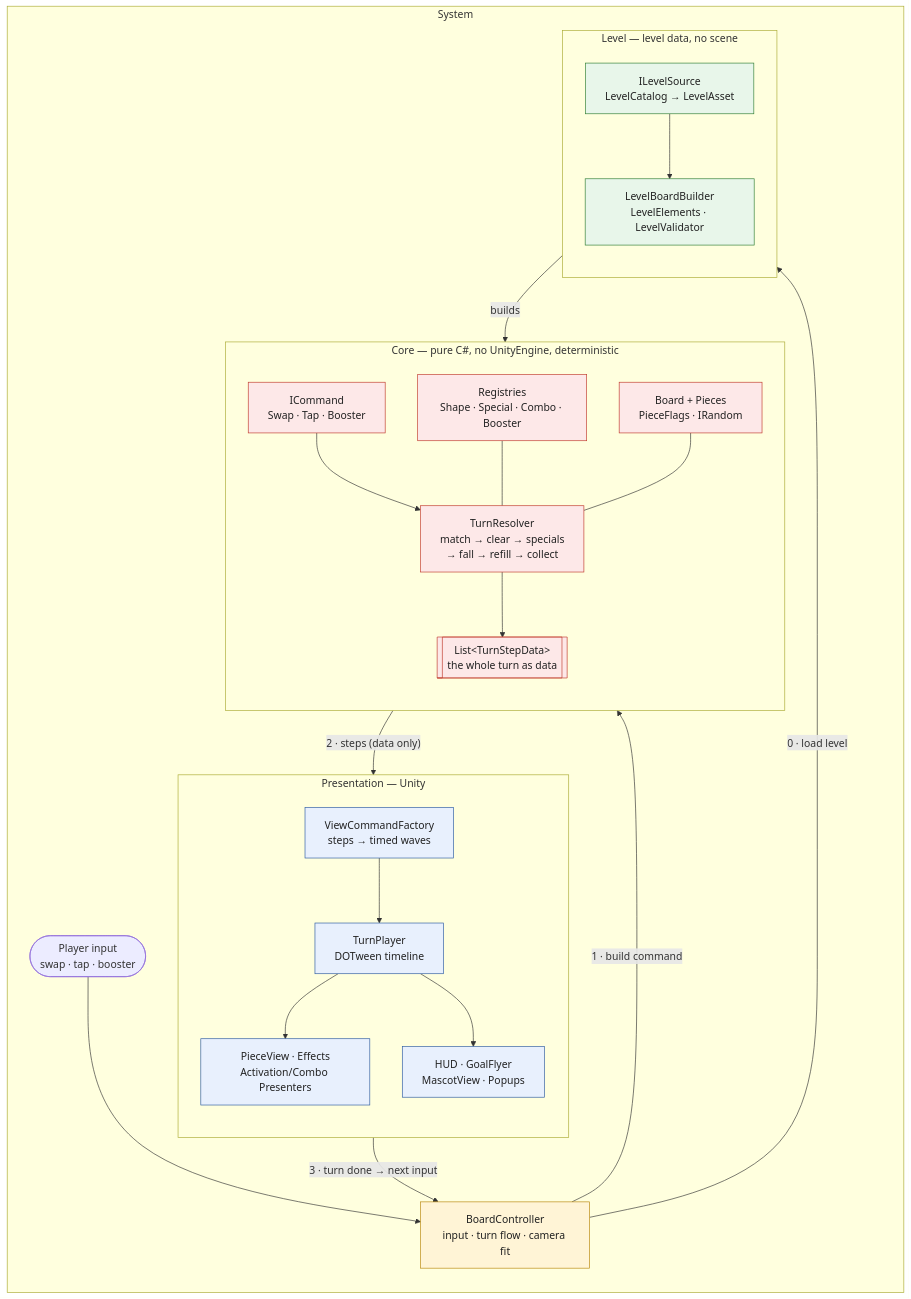
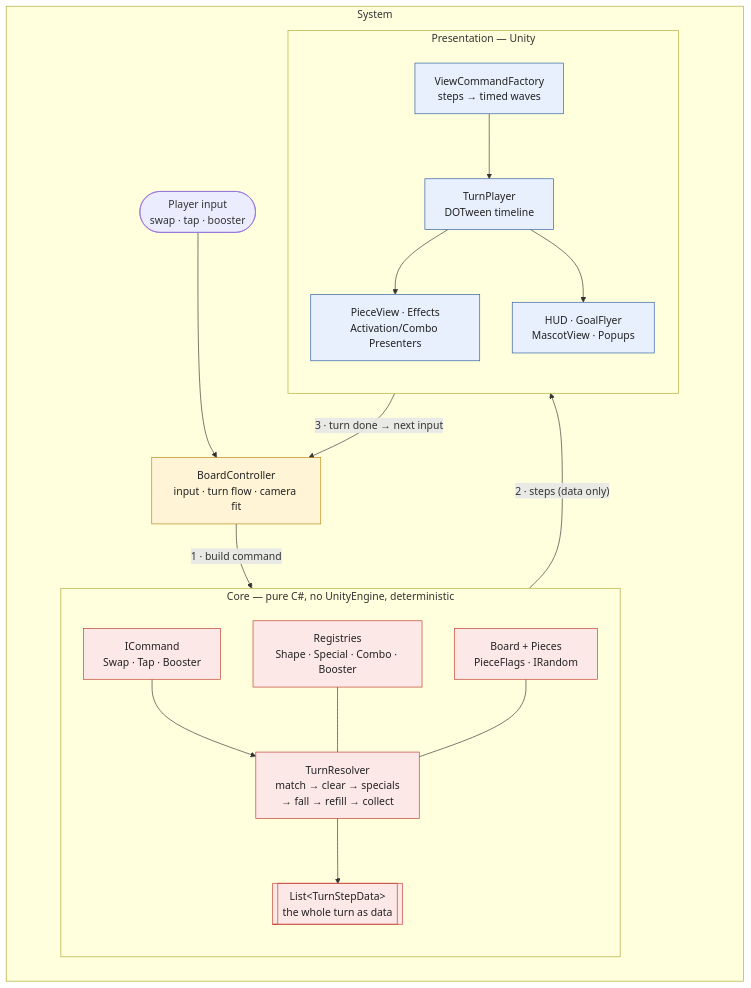
Before and after one commit to samiloztoprak/match3: the diagram in docs/ARCHITECTURE.tr.md, drawn with Mermaid. The commit also changed other lines of this file, not shown here.

````diff
--- a/docs/ARCHITECTURE.tr.md
+++ b/docs/ARCHITECTURE.tr.md
@@ -19,54 +19,43 @@
 ```mermaid
 flowchart LR
     Input(["Player input<br/>swap · tap · booster"])
  subgraph System["System"]
     subgraph Core["Core — pure C#, no UnityEngine, deterministic"]
         direction TB
         CMD["ICommand<br/>Swap · Tap · Booster"]
         TR["TurnResolver<br/>match → clear → specials<br/>→ fall → refill → collect"]
         REG["Registries<br/>Shape · Special · Combo · Booster"]
         BRD["Board + Pieces<br/>PieceFlags · IRandom"]
         STEPS[["List&lt;TurnStepData&gt;<br/>the whole turn as data"]]
         CMD --> TR
         REG --- TR
         BRD --- TR
         TR --> STEPS
     end
 
    
     subgraph Pres["Presentation — Unity"]
         direction TB
         VCF["ViewCommandFactory<br/>steps → timed waves"]
         TP["TurnPlayer<br/>DOTween timeline"]
         PV["PieceView · Effects<br/>Activation/Combo Presenters"]
         UI["HUD · GoalFlyer<br/>MascotView · Popups"]
         VCF --> TP --> PV
         TP --> UI
     end
 
     BCtrl["BoardController<br/>input · turn flow · camera fit"]
 
-    subgraph Lvl["Level — level data, no scene"]
-        direction TB
-        LS["ILevelSource<br/>LevelCatalog → LevelAsset"]
-        LB["LevelBoardBuilder<br/>LevelElements · LevelValidator"]
-        LS --> LB
-    end
-
     Input --> BCtrl
-    BCtrl -->|"0 · load level"| LS
-    LB -->|"builds"| BRD
     BCtrl -->|"1 · build command"| CMD
     STEPS -->|"2 · steps (data only)"| VCF
     TP -->|"3 · turn done → next input"| BCtrl
 
     classDef core fill:#fde8e8,stroke:#c0392b,color:#222
     classDef pres fill:#e8f0fd,stroke:#2c5aa0,color:#222
     classDef ctrl fill:#fff4d6,stroke:#b8860b,color:#222
     class CMD,TR,REG,BRD,STEPS core
     class VCF,TP,PV,UI pres
     class BCtrl ctrl
-    classDef lvl fill:#e8f6ea,stroke:#2e7d32,color:#222
-    class LS,LB lvl
   end
 ```
````
